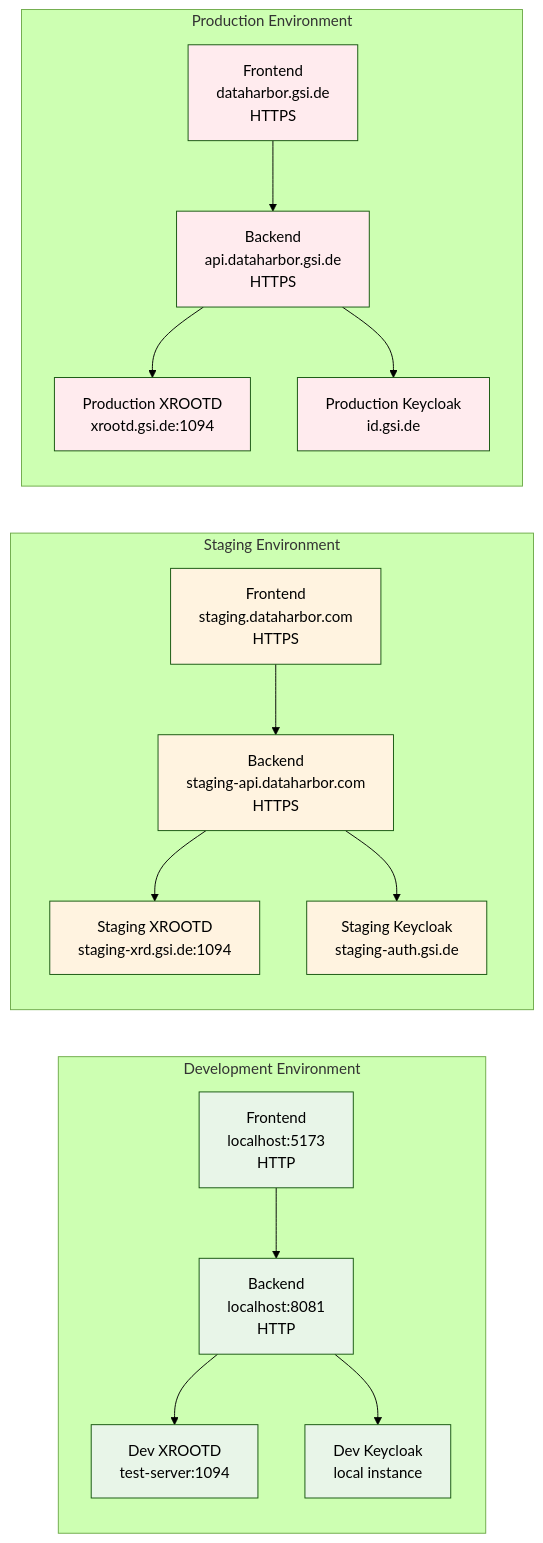
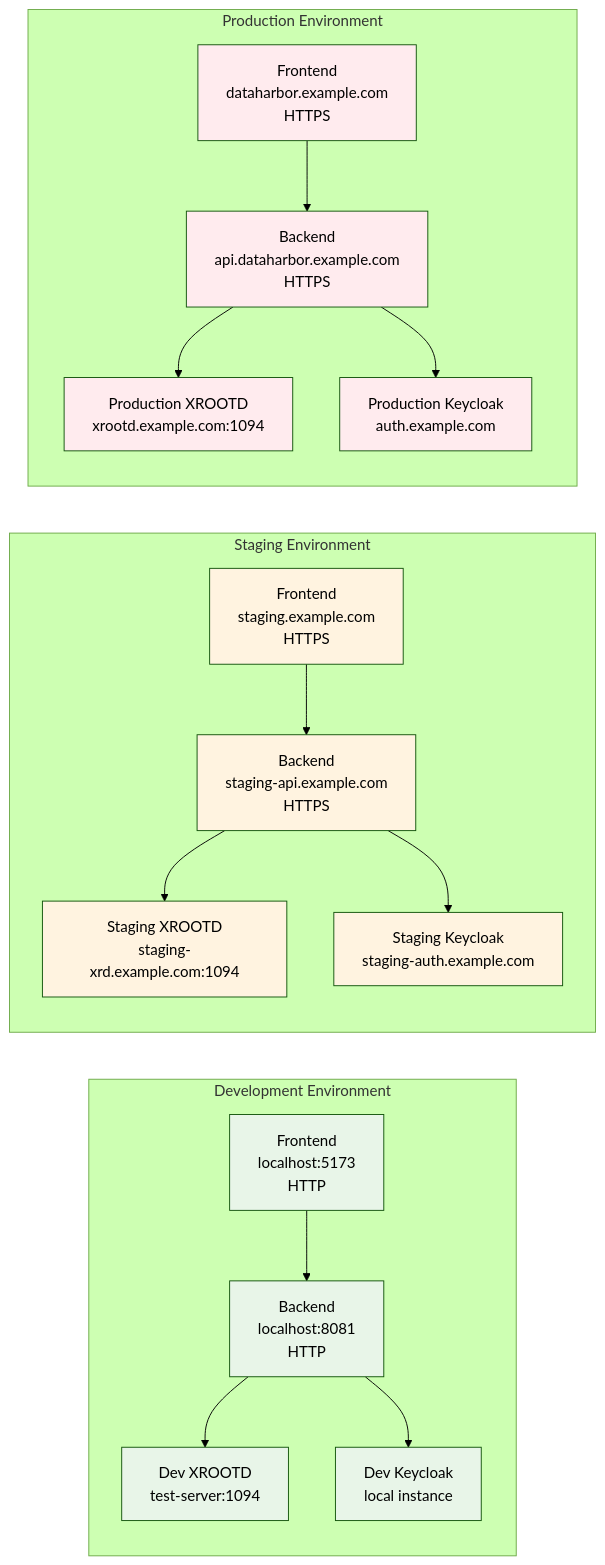
Before and after one commit to AnarManafov/dataharbor: the second of 3 diagrams in docs/DEPLOYMENT.md, drawn with Mermaid (forest theme). The commit also changed other lines of this file and 1 other file, not shown here.

First line of the commit message:
Add GSI Deployment Guide for DataHarbor

````diff
--- a/docs/DEPLOYMENT.md
+++ b/docs/DEPLOYMENT.md
@@ -45,43 +48,43 @@
 ```mermaid
 graph LR
     subgraph "Development Environment"
         DevFE[Frontend<br/>localhost:5173<br/>HTTP]
         DevBE[Backend<br/>localhost:8081<br/>HTTP]
         DevXRD[Dev XROOTD<br/>test-server:1094]
         DevOIDC[Dev Keycloak<br/>local instance]
     end
     
     subgraph "Staging Environment"
-        StageFE[Frontend<br/>staging.dataharbor.com<br/>HTTPS]
-        StageBE[Backend<br/>staging-api.dataharbor.com<br/>HTTPS]
-        StageXRD[Staging XROOTD<br/>staging-xrd.gsi.de:1094]
-        StageOIDC[Staging Keycloak<br/>staging-auth.gsi.de]
+        StageFE[Frontend<br/>staging.example.com<br/>HTTPS]
+        StageBE[Backend<br/>staging-api.example.com<br/>HTTPS]
+        StageXRD[Staging XROOTD<br/>staging-xrd.example.com:1094]
+        StageOIDC[Staging Keycloak<br/>staging-auth.example.com]
     end
     
     subgraph "Production Environment"
-        ProdFE[Frontend<br/>dataharbor.gsi.de<br/>HTTPS]
-        ProdBE[Backend<br/>api.dataharbor.gsi.de<br/>HTTPS]
-        ProdXRD[Production XROOTD<br/>xrootd.gsi.de:1094]
-        ProdOIDC[Production Keycloak<br/>id.gsi.de]
+        ProdFE[Frontend<br/>dataharbor.example.com<br/>HTTPS]
+        ProdBE[Backend<br/>api.dataharbor.example.com<br/>HTTPS]
+        ProdXRD[Production XROOTD<br/>xrootd.example.com:1094]
+        ProdOIDC[Production Keycloak<br/>auth.example.com]
     end
     
     DevFE --> DevBE
     DevBE --> DevXRD
     DevBE --> DevOIDC
     
     StageFE --> StageBE
     StageBE --> StageXRD
     StageBE --> StageOIDC
     
     ProdFE --> ProdBE
     ProdBE --> ProdXRD
     ProdBE --> ProdOIDC
     
     classDef dev fill:#e8f5e8
     classDef staging fill:#fff3e0
     classDef prod fill:#ffebee
     
     class DevFE,DevBE,DevXRD,DevOIDC dev
     class StageFE,StageBE,StageXRD,StageOIDC staging
     class ProdFE,ProdBE,ProdXRD,ProdOIDC prod
 ```
````
